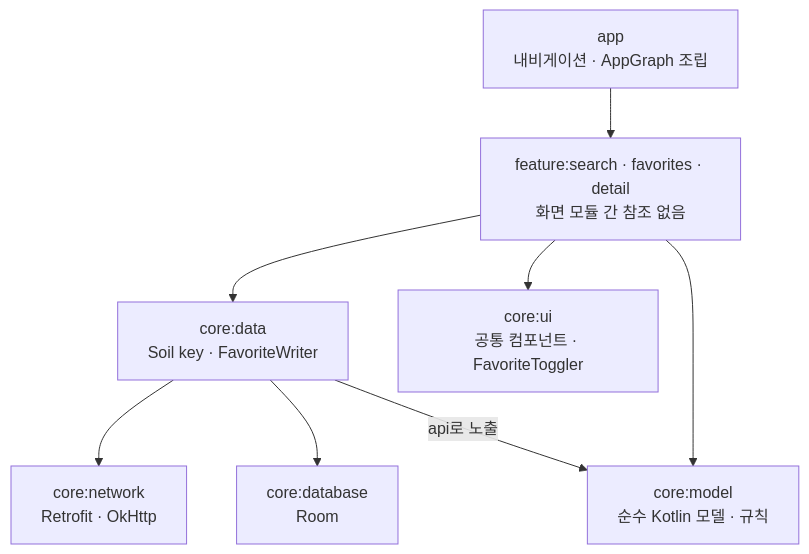
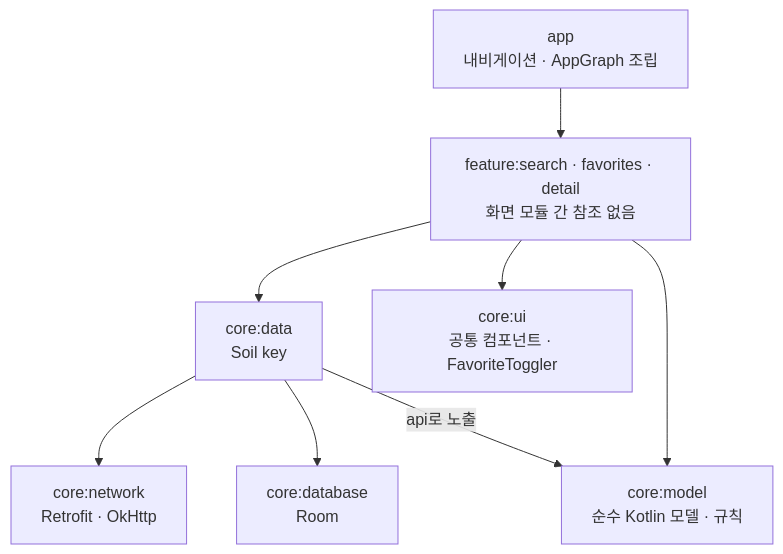
Before and after one commit to easyhooon/book-search-android: the diagram in docs/diagrams/module-dependencies.mmd, drawn with Mermaid. The commit also changed 24 other files, not shown here.

```diff
--- a/docs/diagrams/module-dependencies.mmd
+++ b/docs/diagrams/module-dependencies.mmd
@@ -1,22 +1,22 @@
 flowchart TB
     app["app
 내비게이션 · AppGraph 조립"]
     features["feature:search · favorites · detail
 화면 모듈 간 참조 없음"]
     data["core:data
-Soil key · FavoriteWriter"]
+Soil key"]
     ui["core:ui
 공통 컴포넌트 · FavoriteToggler"]
     model["core:model
 순수 Kotlin 모델 · 규칙"]
     network["core:network
 Retrofit · OkHttp"]
     database["core:database
 Room"]
     app --> features
     features --> data
     features --> ui
     features --> model
     data --> network
     data --> database
     data -->|api로 노출| model
```
